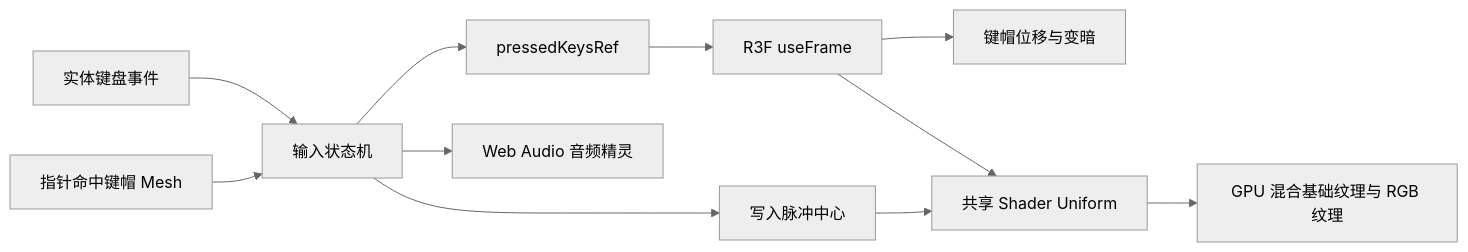
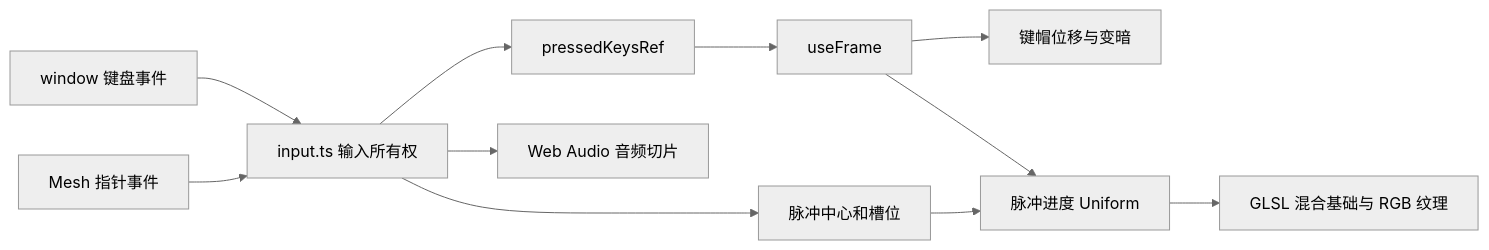
One commit to liaoyio/raycast-keyboard-scene-clone changed the first of 2 diagrams in docs/keyboard-interaction.md. Above: the diagram before and after it, drawn with Mermaid (neutral theme). The commit also changed other lines of this file and 3 other files, not shown here.

````diff
--- a/docs/keyboard-interaction.md
+++ b/docs/keyboard-interaction.md
@@ -11,13 +55,13 @@
 ```mermaid
 flowchart LR
-  A[实体键盘事件] --> C[输入状态机]
-  B[指针命中键帽 Mesh] --> C
+  A[window 键盘事件] --> C[input.ts 输入所有权]
+  B[Mesh 指针事件] --> C
   C --> D[pressedKeysRef]
-  C --> E[Web Audio 音频精灵]
-  C --> F[写入脉冲中心]
-  D --> G[R3F useFrame]
+  C --> E[Web Audio 音频切片]
+  C --> F[脉冲中心和槽位]
+  D --> G[useFrame]
   G --> H[键帽位移与变暗]
-  F --> I[共享 Shader Uniform]
-  G --> I
-  I --> J[GPU 混合基础纹理与 RGB 纹理]
+  G --> I[脉冲进度 Uniform]
+  F --> I
+  I --> J[GLSL 混合基础与 RGB 纹理]
 ```
````
